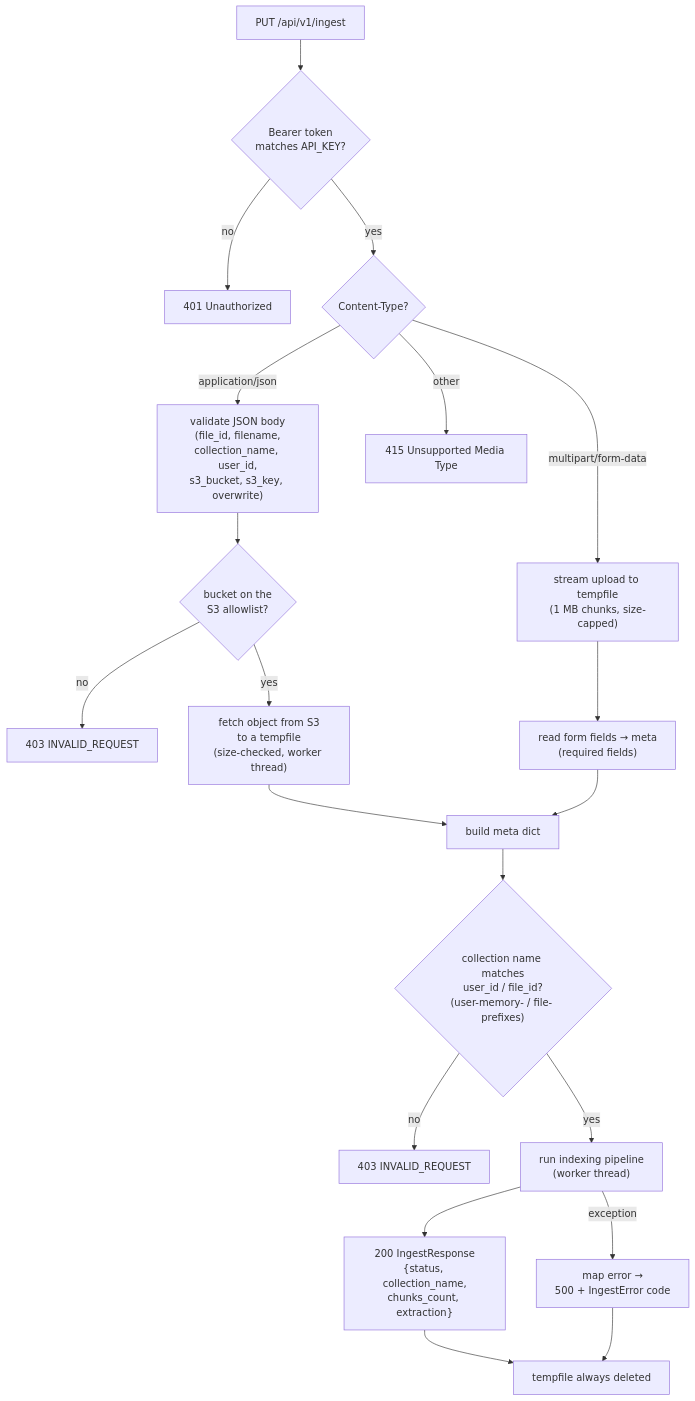
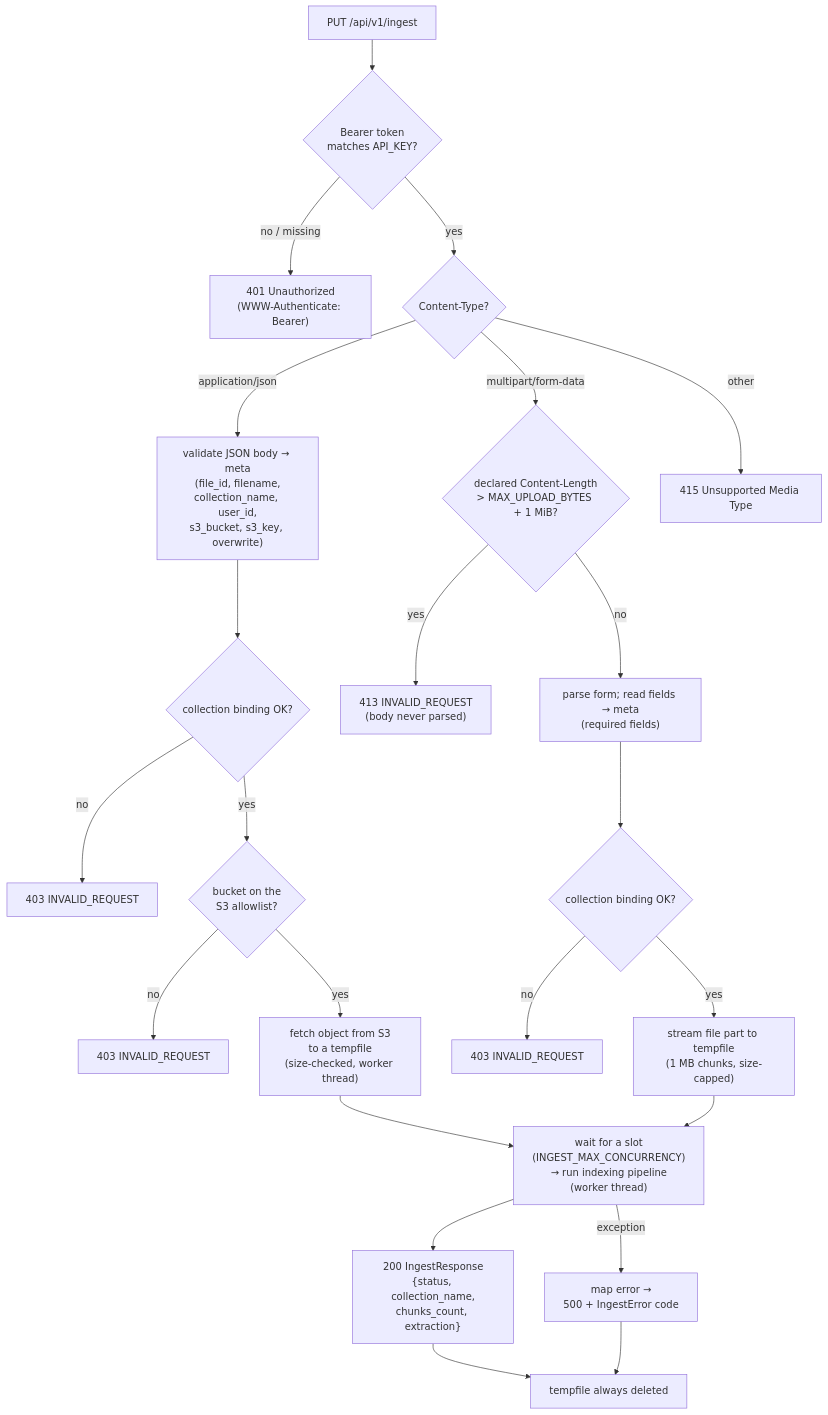
Before and after one commit to AarhusAI/ingestion-service: the second of 5 diagrams in docs/data-flow.md, drawn with Mermaid. The commit also changed other lines of this file, not shown here.

````diff
--- a/docs/data-flow.md
+++ b/docs/data-flow.md
@@ -85,27 +87,31 @@
 ```mermaid
 flowchart TD
     START["PUT /api/v1/ingest"] --> AUTH{"Bearer token<br/>matches API_KEY?"}
-    AUTH -->|no| E401["401 Unauthorized"]
+    AUTH -->|"no / missing"| E401["401 Unauthorized<br/>(WWW-Authenticate: Bearer)"]
     AUTH -->|yes| CT{"Content-Type?"}
 
-    CT -->|application/json| J1["validate JSON body<br/>(file_id, filename,<br/>collection_name, user_id,<br/>s3_bucket, s3_key, overwrite)"]
-    J1 --> J2{"bucket on the<br/>S3 allowlist?"}
+    CT -->|application/json| J1["validate JSON body → meta<br/>(file_id, filename,<br/>collection_name, user_id,<br/>s3_bucket, s3_key, overwrite)"]
+    J1 --> JB{"collection binding OK?"}
+    JB -->|no| E403b["403 INVALID_REQUEST"]
+    JB -->|yes| J2{"bucket on the<br/>S3 allowlist?"}
     J2 -->|no| E403["403 INVALID_REQUEST"]
     J2 -->|yes| J3["fetch object from S3<br/>to a tempfile<br/>(size-checked, worker thread)"]
-    J3 --> META["build meta dict"]
+    J3 --> RUN
 
-    CT -->|multipart/form-data| M1["stream upload to tempfile<br/>(1 MB chunks, size-capped)"]
-    M1 --> M2["read form fields → meta<br/>(required fields)"]
-    M2 --> META
+    CT -->|multipart/form-data| M0{"declared Content-Length<br/>> MAX_UPLOAD_BYTES + 1 MiB?"}
+    M0 -->|yes| E413["413 INVALID_REQUEST<br/>(body never parsed)"]
+    M0 -->|no| M1["parse form; read fields → meta<br/>(required fields)"]
+    M1 --> MB{"collection binding OK?"}
+    MB -->|no| E403c["403 INVALID_REQUEST"]
+    MB -->|yes| M2["stream file part to tempfile<br/>(1 MB chunks, size-capped)"]
+    M2 --> RUN
 
     CT -->|other| E415["415 Unsupported Media Type"]
 
-    META --> BIND{"collection name matches<br/>user_id / file_id?<br/>(user-memory- / file- prefixes)"}
-    BIND -->|no| E403b["403 INVALID_REQUEST"]
-    BIND -->|yes| RUN["run indexing pipeline<br/>(worker thread)"]
+    RUN["wait for a slot<br/>(INGEST_MAX_CONCURRENCY)<br/>→ run indexing pipeline<br/>(worker thread)"]
     RUN --> RESP["200 IngestResponse<br/>{status, collection_name,<br/>chunks_count, extraction}"]
     RUN -->|exception| EMAP["map error →<br/>500 + IngestError code"]
 
     RESP --> FIN["tempfile always deleted"]
     EMAP --> FIN
 ```
````
